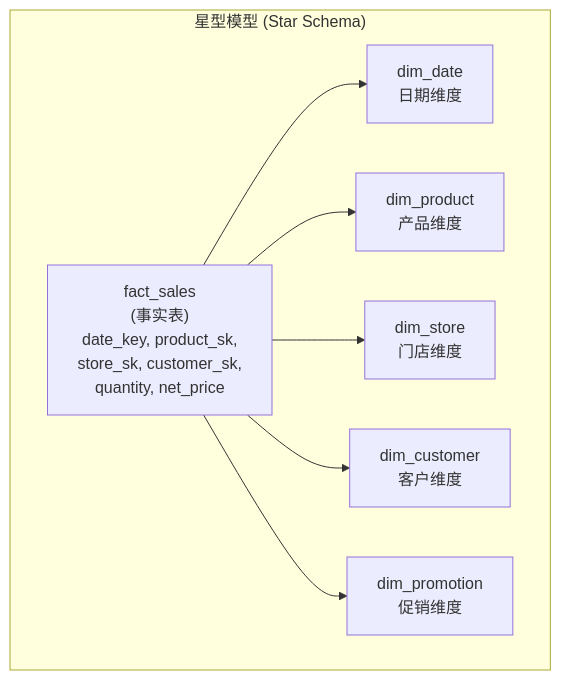
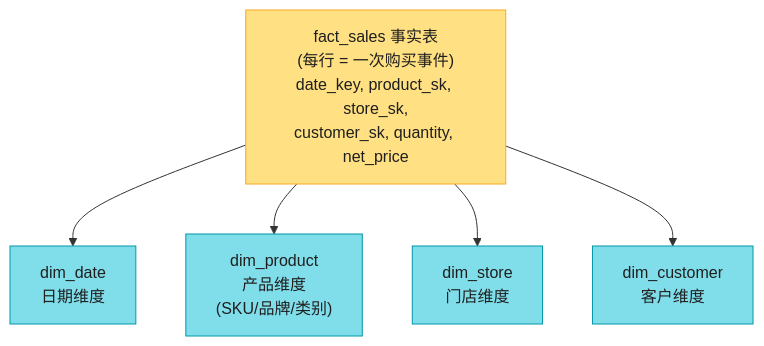
Before and after one commit to socoo123/ddia_2nd: the seventh of 16 diagrams in ch03-数据模型与查询语言.md, drawn with Mermaid. The commit also changed other lines of this file and 8 other files, not shown here.

First line of the commit message:
重写 ch01-ch09 读书笔记：风格统一 + 内容扩充 + 大量图表

````diff
--- a/ch03-数据模型与查询语言.md
+++ b/ch03-数据模型与查询语言.md
@@ -190,18 +255,20 @@
 ```mermaid
-graph TB
-    subgraph Star["星型模型 (Star Schema)"]
-        FACT["fact_sales<br/>(事实表)<br/>date_key, product_sk,<br/>store_sk, customer_sk,<br/>quantity, net_price"]
+flowchart TB
+    FACT["fact_sales 事实表<br/>(每行 = 一次购买事件)<br/>date_key, product_sk, store_sk,<br/>customer_sk, quantity, net_price"]
 
-        DIM_DATE["dim_date<br/>日期维度"]
-        DIM_PROD["dim_product<br/>产品维度"]
-        DIM_STORE["dim_store<br/>门店维度"]
-        DIM_CUST["dim_customer<br/>客户维度"]
-        DIM_PROMO["dim_promotion<br/>促销维度"]
-    end
+    DIM1["dim_date<br/>日期维度"]
+    DIM2["dim_product<br/>产品维度<br/>(SKU/品牌/类别)"]
+    DIM3["dim_store<br/>门店维度"]
+    DIM4["dim_customer<br/>客户维度"]
 
-    FACT --> DIM_DATE
-    FACT --> DIM_PROD
-    FACT --> DIM_STORE
-    FACT --> DIM_CUST
-    FACT --> DIM_PROMO
+    FACT --> DIM1
+    FACT --> DIM2
+    FACT --> DIM3
+    FACT --> DIM4
+
+    style FACT fill:#FFE082,stroke:#F9A825,color:#1f1f1f
+    style DIM1 fill:#80DEEA,stroke:#0097A7,color:#1f1f1f
+    style DIM2 fill:#80DEEA,stroke:#0097A7,color:#1f1f1f
+    style DIM3 fill:#80DEEA,stroke:#0097A7,color:#1f1f1f
+    style DIM4 fill:#80DEEA,stroke:#0097A7,color:#1f1f1f
 ```
````
